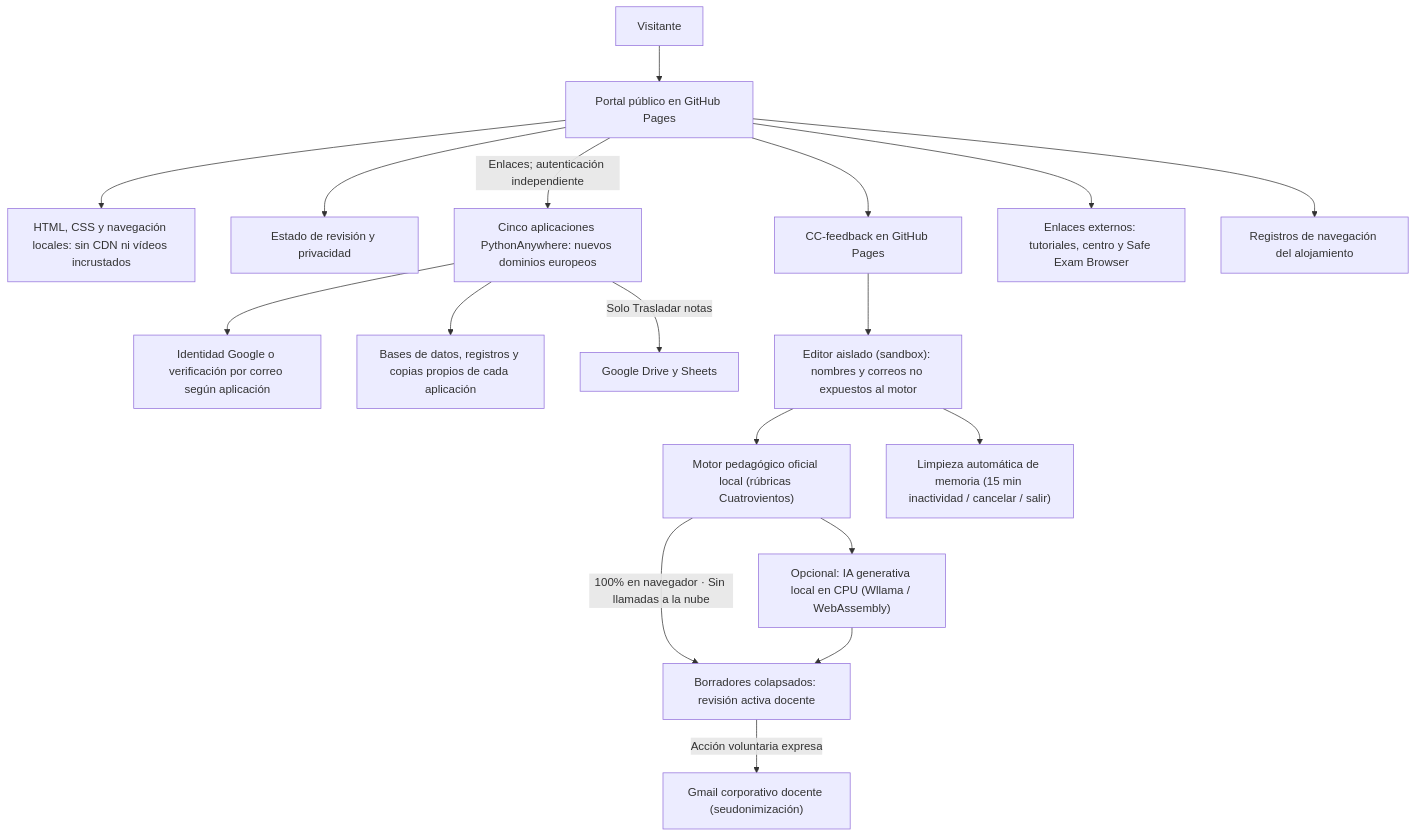
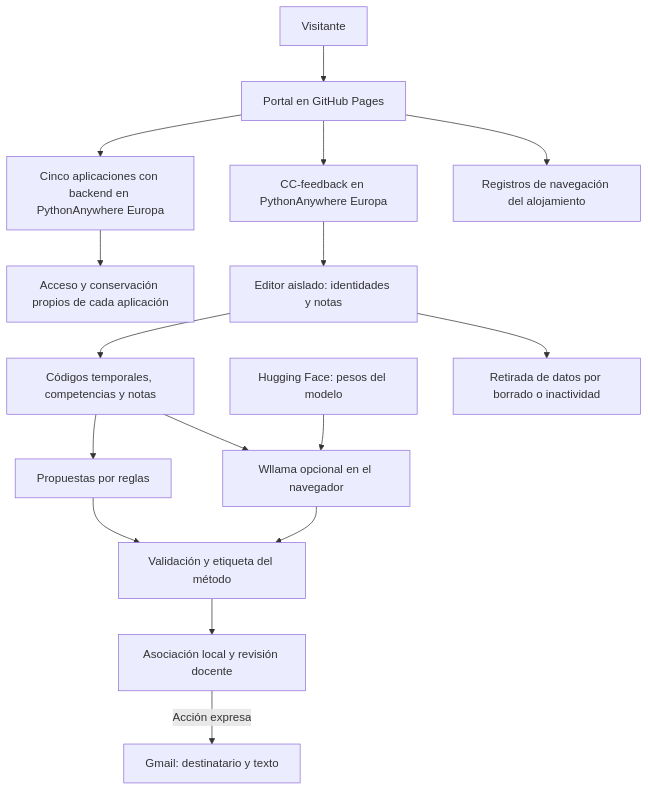
Before and after one commit to anderfrago/herramientas-educativas-cuatrovientos: the diagram in README.md, drawn with Mermaid. The commit also changed other lines of this file and 2 other files, not shown here.

Commit message:
cc-feedback updated

````diff
--- a/README.md
+++ b/README.md
@@ -17,20 +17,18 @@
 ```mermaid
 flowchart TD
-    U["Visitante"] --> P["Portal público en GitHub Pages"]
-    P --> L["HTML, CSS y navegación locales: sin CDN ni vídeos incrustados"]
-    P --> I["Estado de revisión y privacidad"]
-    P -->|"Enlaces; autenticación independiente"| A["Cinco aplicaciones PythonAnywhere: nuevos dominios europeos"]
-    A --> G["Identidad Google o verificación por correo según aplicación"]
-    A --> B["Bases de datos, registros y copias propios de cada aplicación"]
-    A -->|"Solo Trasladar notas"| D["Google Drive y Sheets"]
-    P --> C["CC-feedback en GitHub Pages"]
-    C --> E["Editor aislado (sandbox): nombres y correos no expuestos al motor"]
-    E --> MO["Motor pedagógico oficial local (rúbricas Cuatrovientos)"]
-    MO --> OP["Opcional: IA generativa local en CPU (Wllama / WebAssembly)"]
-    MO -->|"100% en navegador · Sin llamadas a la nube"| R["Borradores colapsados: revisión activa docente"]
-    OP --> R
-    R -->|"Acción voluntaria expresa"| M["Gmail corporativo docente (seudonimización)"]
-    E --> X["Limpieza automática de memoria (15 min inactividad / cancelar / salir)"]
-    P --> T["Enlaces externos: tutoriales, centro y Safe Exam Browser"]
-    P --> N["Registros de navegación del alojamiento"]
+    U[Visitante] --> P[Portal en GitHub Pages]
+    P --> A[Cinco aplicaciones con backend en PythonAnywhere Europa]
+    A --> B[Acceso y conservación propios de cada aplicación]
+    P --> C[CC-feedback en PythonAnywhere Europa]
+    C --> E[Editor aislado: identidades y notas]
+    E --> N[Códigos temporales, competencias y notas]
+    N --> R[Propuestas por reglas]
+    N --> W[Wllama opcional en el navegador]
+    H[Hugging Face: pesos del modelo] --> W
+    W --> V[Validación y etiqueta del método]
+    R --> V
+    V --> D[Asociación local y revisión docente]
+    D -->|Acción expresa| G[Gmail: destinatario y texto]
+    E --> X[Retirada de datos por borrado o inactividad]
+    P --> L[Registros de navegación del alojamiento]
 ```
````
